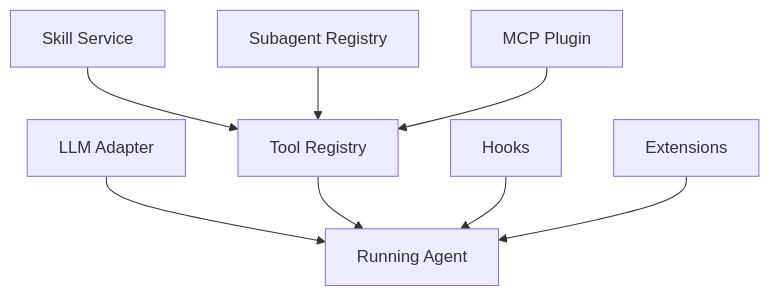
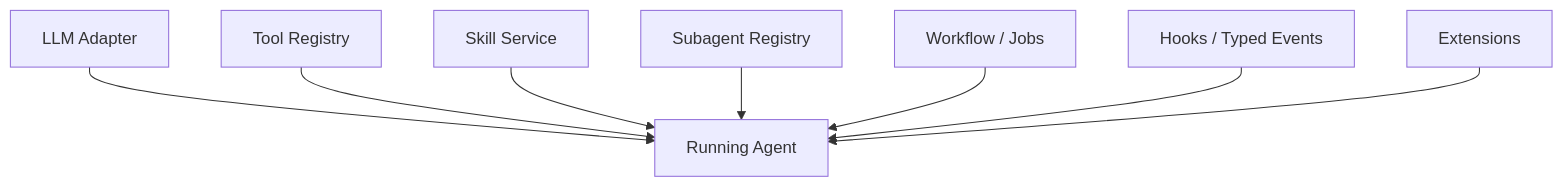
Before and after one commit to indigofeather/harness-book: the first of 4 diagrams in docs/deepseek/models-skills-and-extensions.md, drawn with Mermaid. The commit also changed other lines of this file and 48 other files, not shown here.

````diff
--- a/docs/deepseek/models-skills-and-extensions.md
+++ b/docs/deepseek/models-skills-and-extensions.md
@@ -15,20 +11,18 @@
 ```mermaid
 flowchart TB
   A[Running Agent]
-
   M[LLM Adapter]
   T[Tool Registry]
   S[Skill Service]
   SA[Subagent Registry]
-  H[Hooks]
+  W[Workflow / Jobs]
+  H[Hooks / Typed Events]
   E[Extensions]
-  MCP[MCP Plugin]
-
   M --> A
   T --> A
-  S --> T
-  SA --> T
-  MCP --> T
+  S --> A
+  SA --> A
+  W --> A
   H --> A
   E --> A
 ```
````
